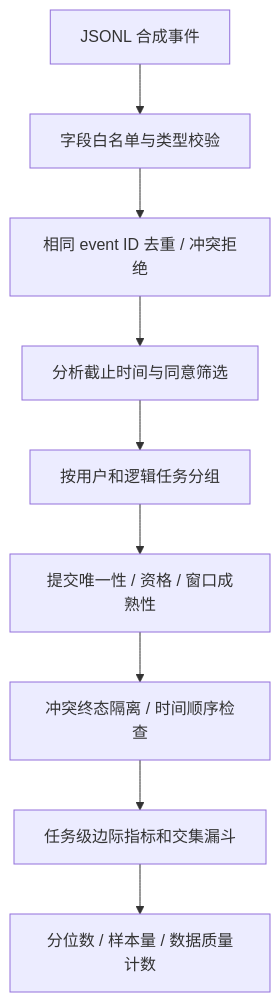
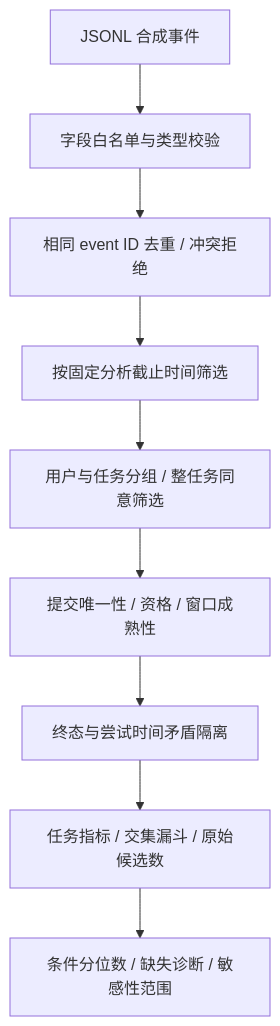
One commit to aiyinyuedejustin/agent-engineering-fundamentals changed the fourth of 4 diagrams in books/claude-app/02-Illustrated-Deep-Dive-Book/12-Telemetry-And-Product-Metrics/README.md. Above: the diagram before and after it, drawn with Mermaid. The commit also changed other lines of this file and 66 other files, not shown here.

````diff
--- a/books/claude-app/02-Illustrated-Deep-Dive-Book/12-Telemetry-And-Product-Metrics/README.md
+++ b/books/claude-app/02-Illustrated-Deep-Dive-Book/12-Telemetry-And-Product-Metrics/README.md
@@ -396,11 +404,11 @@
 ```mermaid
 flowchart TD
     A[JSONL 合成事件] --> B[字段白名单与类型校验]
     B --> C[相同 event ID 去重 / 冲突拒绝]
-    C --> D[分析截止时间与同意筛选]
-    D --> E[按用户和逻辑任务分组]
+    C --> D[按固定分析截止时间筛选]
+    D --> E[用户与任务分组 / 整任务同意筛选]
     E --> F[提交唯一性 / 资格 / 窗口成熟性]
-    F --> G[冲突终态隔离 / 时间顺序检查]
-    G --> H[任务级边际指标和交集漏斗]
-    H --> I[分位数 / 样本量 / 数据质量计数]
+    F --> G[终态与尝试时间矛盾隔离]
+    G --> H[任务指标 / 交集漏斗 / 原始候选数]
+    H --> I[条件分位数 / 缺失诊断 / 敏感性范围]
 ```
````
